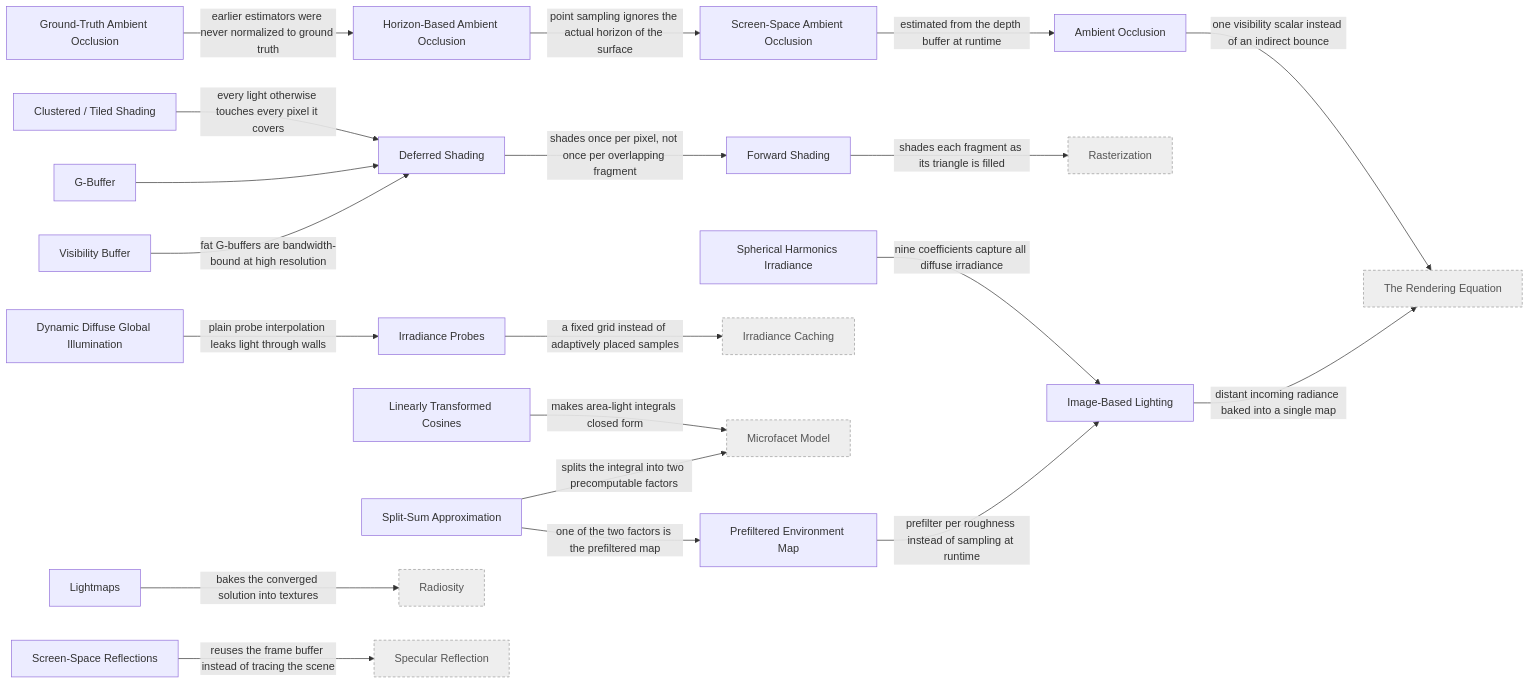
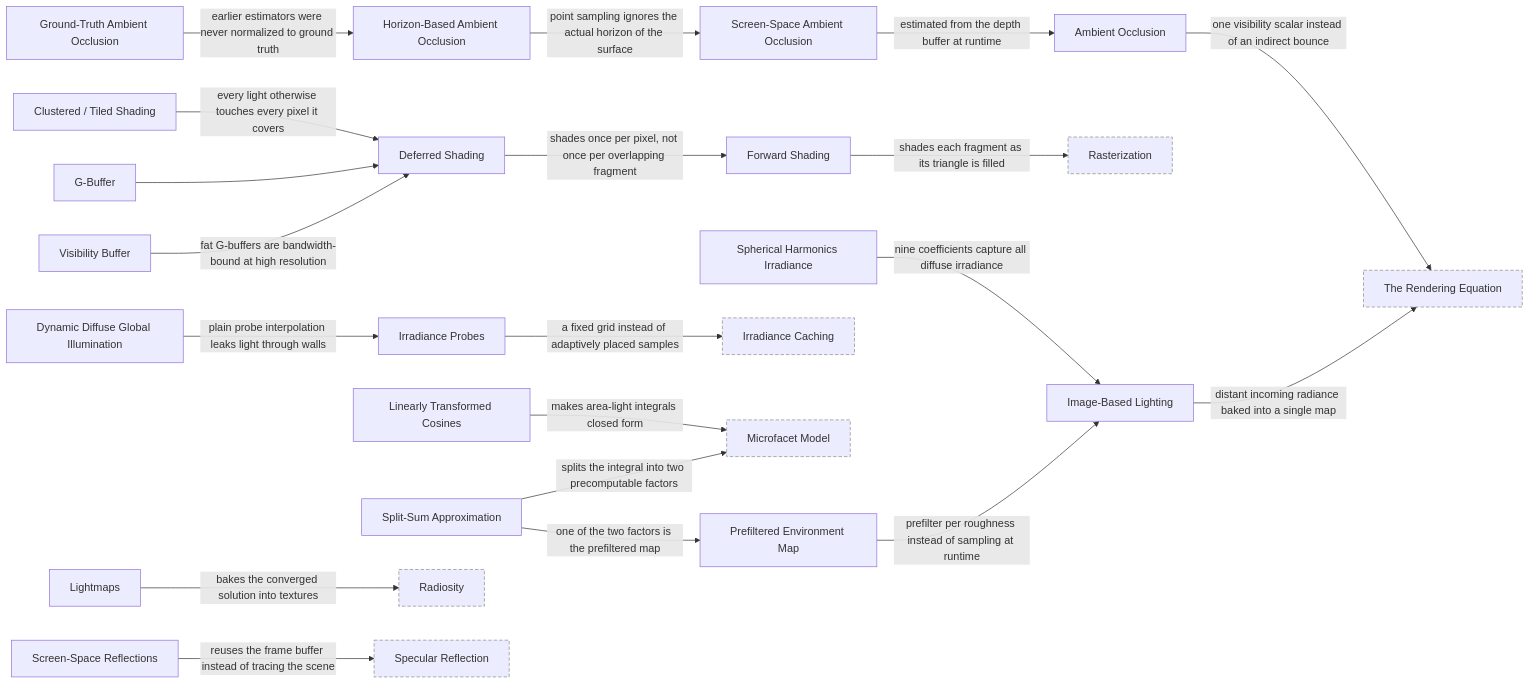
The sixth of 12 diagrams in README.md (kvark/graphics), drawn with Mermaid before and after one commit. The commit also changed other lines of this file and 7 other files, not shown here.

First line of the commit message:
Publish the graph to GitHub Pages on push to main

````diff
--- a/README.md
+++ b/README.md
@@ -445,48 +459,49 @@
 ```mermaid
 graph LR;
     ambient_occlusion["Ambient Occlusion"];
     clustered_shading["Clustered / Tiled Shading"];
     ddgi["Dynamic Diffuse Global Illumination"];
     deferred_shading["Deferred Shading"];
     forward_shading["Forward Shading"];
     gbuffer["G-Buffer"];
     gtao["Ground-Truth Ambient Occlusion"];
     hbao["Horizon-Based Ambient Occlusion"];
     image_based_lighting["Image-Based Lighting"];
     light_probes["Irradiance Probes"];
     lightmaps["Lightmaps"];
     linearly_transformed_cosines["Linearly Transformed Cosines"];
     prefiltered_environment_map["Prefiltered Environment Map"];
     screen_space_reflections["Screen-Space Reflections"];
     spherical_harmonics["Spherical Harmonics Irradiance"];
     split_sum_approximation["Split-Sum Approximation"];
     ssao["Screen-Space Ambient Occlusion"];
     visibility_buffer["Visibility Buffer"];
     irradiance_caching["Irradiance Caching"];
     microfacet_model["Microfacet Model"];
+    click microfacet_model "http://www.cs.cornell.edu/~srm/publications/EGSR07-btdf.pdf" _blank;
     radiosity["Radiosity"];
     rasterization["Rasterization"];
     rendering_equation["The Rendering Equation"];
     specular_reflection["Specular Reflection"];
     ambient_occlusion -->|"one visibility scalar instead of an indirect bounce"| rendering_equation;
     clustered_shading -->|"every light otherwise touches every pixel it covers"| deferred_shading;
     ddgi -->|"plain probe interpolation leaks light through walls"| light_probes;
     deferred_shading -->|"shades once per pixel, not once per overlapping fragment"| forward_shading;
     forward_shading -->|"shades each fragment as its triangle is filled"| rasterization;
     gbuffer --> deferred_shading;
     gtao -->|"earlier estimators were never normalized to ground truth"| hbao;
     hbao -->|"point sampling ignores the actual horizon of the surface"| ssao;
     image_based_lighting -->|"distant incoming radiance baked into a single map"| rendering_equation;
     light_probes -->|"a fixed grid instead of adaptively placed samples"| irradiance_caching;
     lightmaps -->|"bakes the converged solution into textures"| radiosity;
     linearly_transformed_cosines -->|"makes area-light integrals closed form"| microfacet_model;
     prefiltered_environment_map -->|"prefilter per roughness instead of sampling at runtime"| image_based_lighting;
     screen_space_reflections -->|"reuses the frame buffer instead of tracing the scene"| specular_reflection;
     spherical_harmonics -->|"nine coefficients capture all diffuse irradiance"| image_based_lighting;
     split_sum_approximation -->|"splits the integral into two precomputable factors"| microfacet_model;
     split_sum_approximation -->|"one of the two factors is the prefiltered map"| prefiltered_environment_map;
     ssao -->|"estimated from the depth buffer at runtime"| ambient_occlusion;
     visibility_buffer -->|"fat G-buffers are bandwidth-bound at high resolution"| deferred_shading;
-    classDef ext fill:#eee,stroke:#999,stroke-dasharray:4 3,color:#555;
+    classDef ext stroke:#888,stroke-dasharray:5 3;
     class irradiance_caching,microfacet_model,radiosity,rasterization,rendering_equation,specular_reflection ext;
 ```
````
